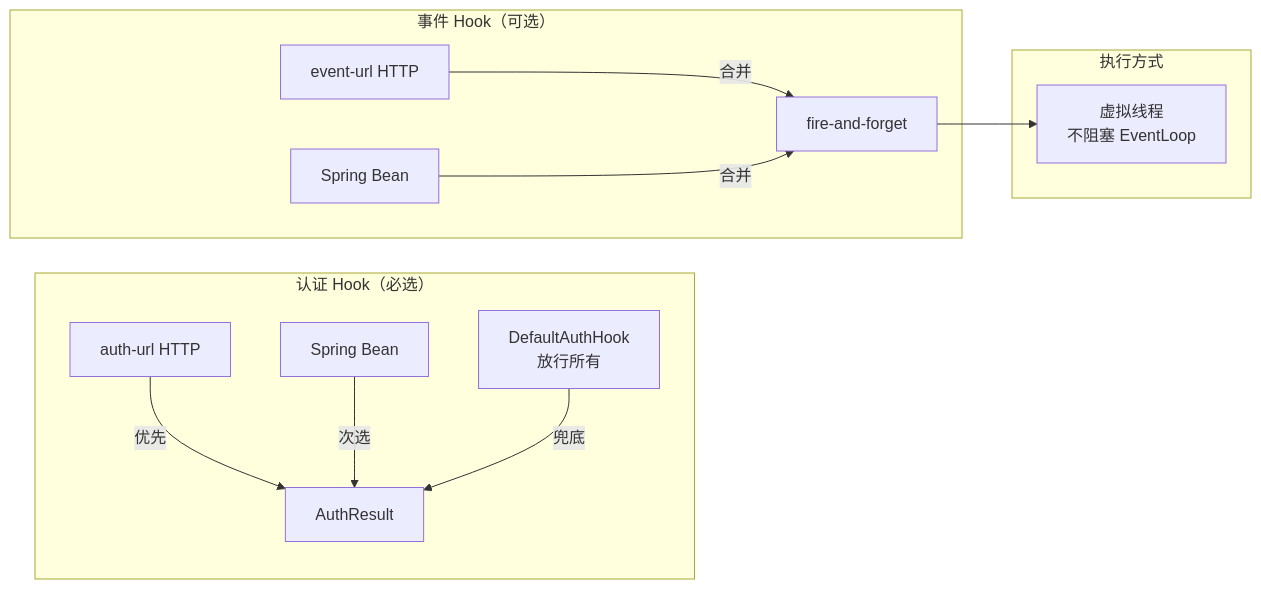
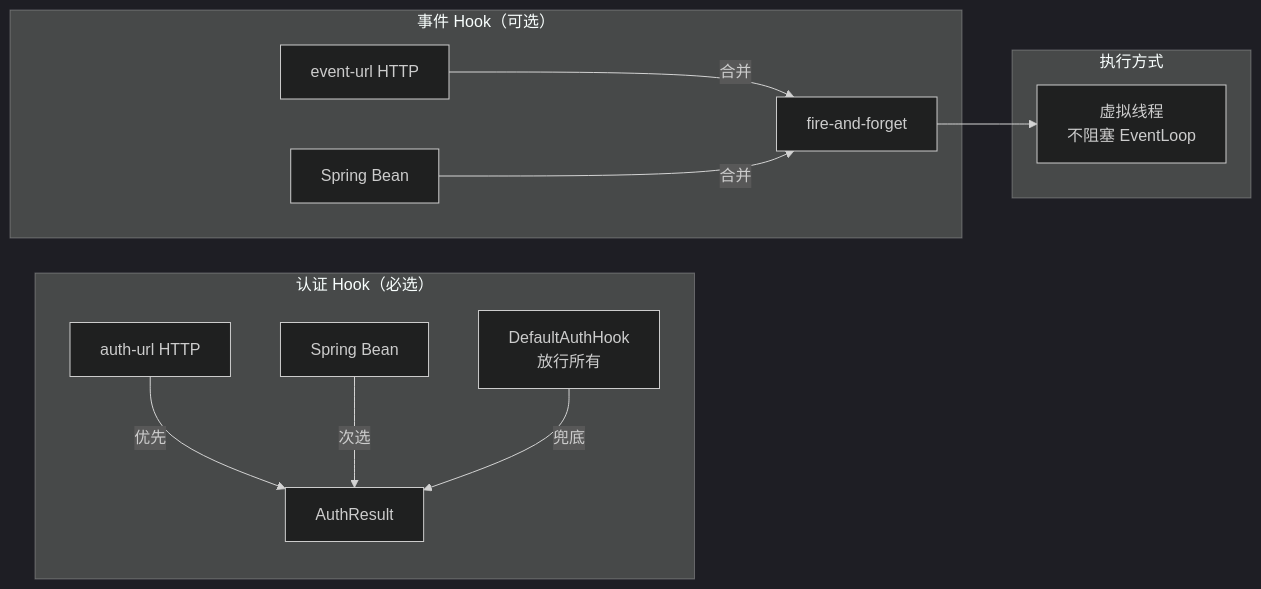
One commit to forkcc/QuickMQ changed the diagram in docs/images/hook_system.mmd. Above: the diagram before and after it, drawn with Mermaid. The commit also changed 9 other files, not shown here.

Commit message:
chore: 迁移数据库从HSQLDB到H2，更新文档和图表

```diff
--- a/docs/images/hook_system.mmd
+++ b/docs/images/hook_system.mmd
@@ -1,16 +1,17 @@
+%%{init: {'theme': 'dark'}}%%
 graph LR
     subgraph "认证 Hook（必选）"
         A1[auth-url HTTP] -->|优先| R[AuthResult]
         A2[Spring Bean] -->|次选| R
         A3[DefaultAuthHook<br/>放行所有] -->|兜底| R
     end
 
     subgraph "事件 Hook（可选）"
         E1[event-url HTTP]
         E2[Spring Bean]
         E1 & E2 -->|合并| F[fire-and-forget]
     end
 
     subgraph "执行方式"
         F --> VT[虚拟线程<br/>不阻塞 EventLoop]
     end
```
